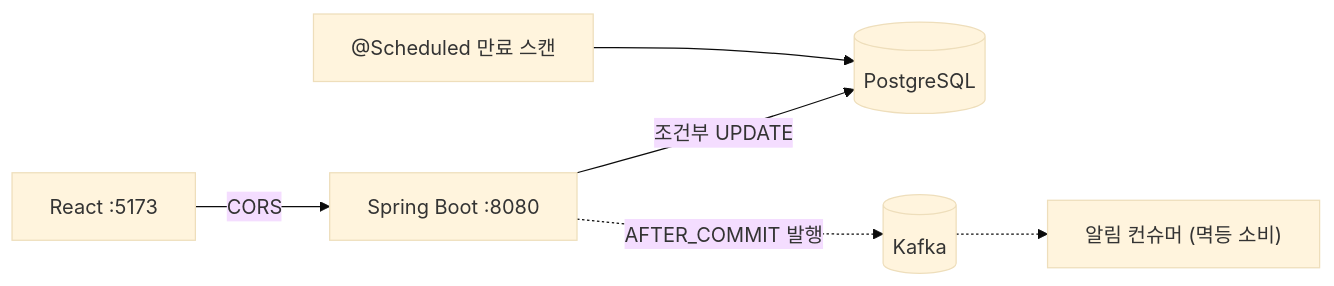
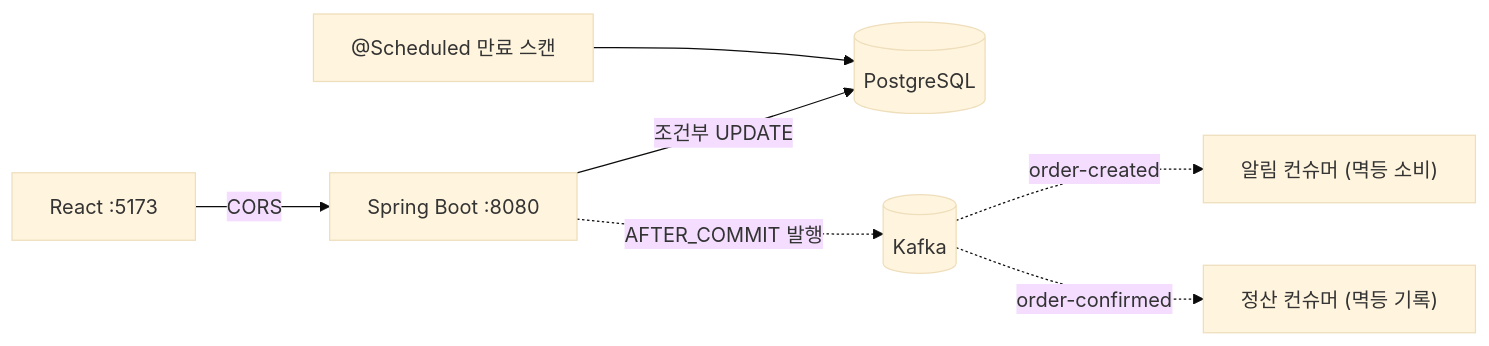
The diagram in README.md (asle149/susuggang), drawn with Mermaid (base theme) before and after one commit. The commit also changed other lines of this file and 15 other files, not shown here.

````diff
--- a/README.md
+++ b/README.md
@@ -20,8 +20,9 @@
 ```mermaid
 flowchart LR
   FE["React :5173"] -->|CORS| API["Spring Boot :8080"]
   API -->|"조건부 UPDATE"| DB[("PostgreSQL")]
   API -.->|"AFTER_COMMIT 발행"| K[("Kafka")]
-  K -.-> C["알림 컨슈머 (멱등 소비)"]
+  K -.->|order-created| C["알림 컨슈머 (멱등 소비)"]
+  K -.->|order-confirmed| S["정산 컨슈머 (멱등 기록)"]
   SCH["@Scheduled 만료 스캔"] --> DB
 ```
````
